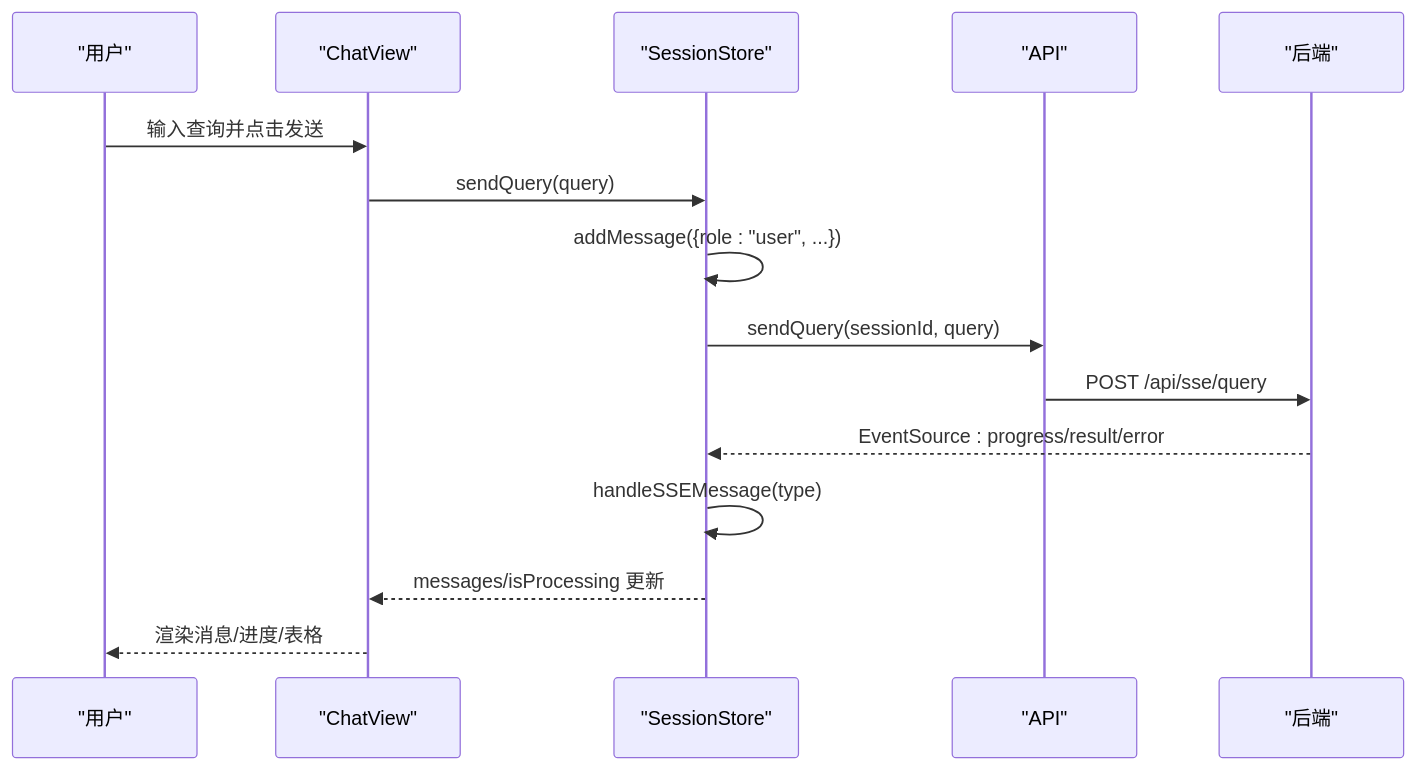
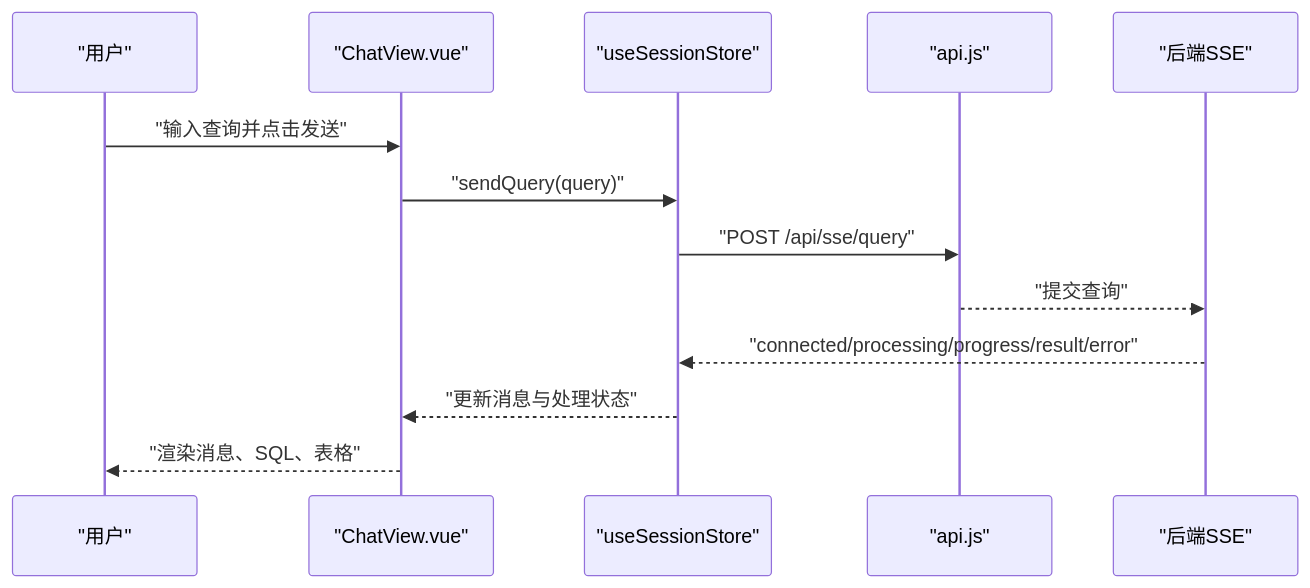
Before and after one commit to HanHuiOnLine/724-office: the third of 12 diagrams in NL2SQL/.qoder/repowiki/zh/content/前端应用/前端应用.md, drawn with Mermaid. The commit also changed other lines of this file and 170 other files, not shown here.

````diff
--- a/NL2SQL/.qoder/repowiki/zh/content/前端应用/前端应用.md
+++ b/NL2SQL/.qoder/repowiki/zh/content/前端应用/前端应用.md
@@ -264,17 +170,15 @@
 ```mermaid
 sequenceDiagram
 participant U as "用户"
-participant CV as "ChatView"
-participant SS as "SessionStore"
-participant API as "API"
-participant BE as "后端"
-U->>CV : 输入查询并点击发送
-CV->>SS : sendQuery(query)
-SS->>SS : addMessage({role : "user", ...})
-SS->>API : sendQuery(sessionId, query)
-API->>BE : POST /api/sse/query
-BE-->>SS : EventSource : progress/result/error
-SS->>SS : handleSSEMessage(type)
-SS-->>CV : messages/isProcessing 更新
-CV-->>U : 渲染消息/进度/表格
+participant CV as "ChatView.vue"
+participant SS as "useSessionStore"
+participant API as "api.js"
+participant BE as "后端SSE"
+U->>CV : "输入查询并点击发送"
+CV->>SS : "sendQuery(query)"
+SS->>API : "POST /api/sse/query"
+API-->>BE : "提交查询"
+BE-->>SS : "connected/processing/progress/result/error"
+SS-->>CV : "更新消息与处理状态"
+CV-->>U : "渲染消息、SQL、表格"
 ```
````
